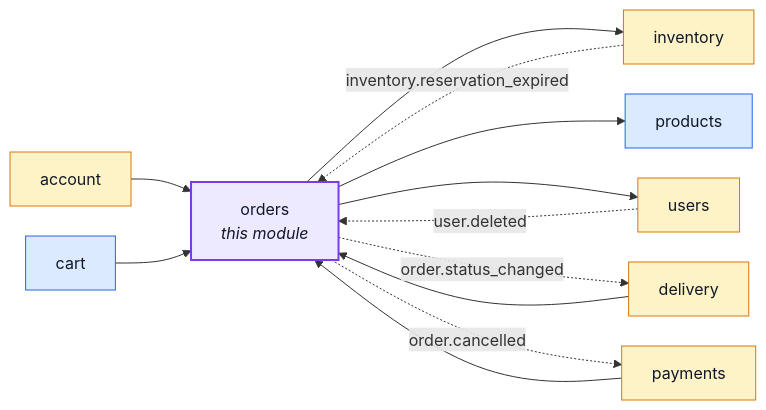
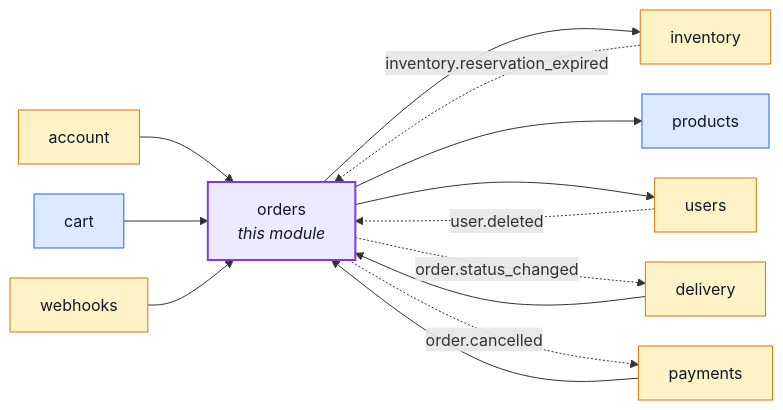
Before and after one commit to Guebbit/boilerplate-node-backend: the first of 2 diagrams in docs/modules/orders.md, drawn with Mermaid. The commit also changed 71 other files, not shown here.

First line of the commit message:
feat(webhooks): add outbound webhook delivery

````diff
--- a/docs/modules/orders.md
+++ b/docs/modules/orders.md
@@ -16,32 +16,34 @@
 ```mermaid
 %%{init: {'flowchart': {'nodeSpacing': 30, 'rankSpacing': 60}}}%%
 flowchart LR
     orders["orders<br/><i>this module</i>"]
     account["account"]
     cart["cart"]
     delivery["delivery"]
     inventory["inventory"]
     payments["payments"]
     products["products"]
     users["users"]
+    webhooks["webhooks"]
 
     account --> orders
     cart --> orders
     delivery --> orders
     payments --> orders
+    webhooks --> orders
     orders --> inventory
     orders --> products
     orders --> users
     inventory -. "inventory.reservation_expired" .-> orders
     users -. "user.deleted" .-> orders
     orders -. "order.status_changed" .-> delivery
     orders -. "order.cancelled" .-> payments
 
     classDef core fill:#dbeafe,stroke:#2563eb,color:#111827;
     classDef supporting fill:#fef3c7,stroke:#d97706,color:#111827;
     classDef generic fill:#dcfce7,stroke:#16a34a,color:#111827;
     classDef centre fill:#ede9fe,stroke:#7c3aed,stroke-width:2px,color:#111827;
     class cart,products core;
-    class account,delivery,inventory,payments,users supporting;
+    class account,delivery,inventory,payments,users,webhooks supporting;
     class orders centre;
 ```
````
